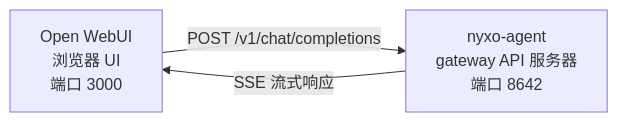
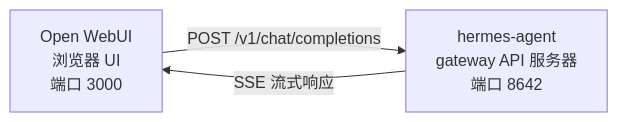
One commit to roshinpv1/Flash changed the diagram in website/i18n/zh-Hans/docusaurus-plugin-content-docs/current/user-guide/messaging/open-webui.md. Above: the diagram before and after it, drawn with Mermaid. The commit also changed other lines of this file and 8928 other files, not shown here.

````diff
--- a/website/i18n/zh-Hans/docusaurus-plugin-content-docs/current/user-guide/messaging/open-webui.md
+++ b/website/i18n/zh-Hans/docusaurus-plugin-content-docs/current/user-guide/messaging/open-webui.md
@@ -13,7 +13,7 @@
 ```mermaid
 flowchart LR
     A["Open WebUI<br/>浏览器 UI<br/>端口 3000"]
-    B["nyxo-agent<br/>gateway API 服务器<br/>端口 8642"]
+    B["hermes-agent<br/>gateway API 服务器<br/>端口 8642"]
     A -->|POST /v1/chat/completions| B
     B -->|SSE 流式响应| A
 ```
````
